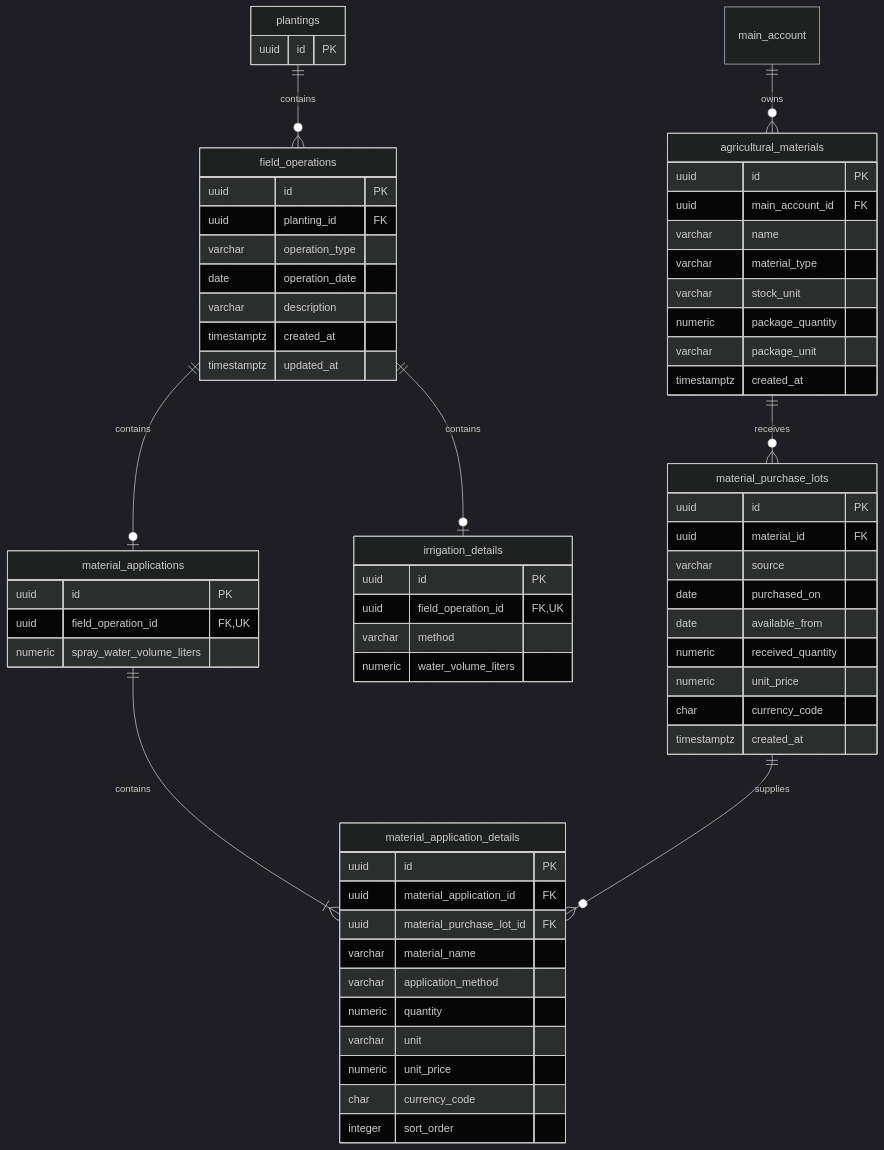
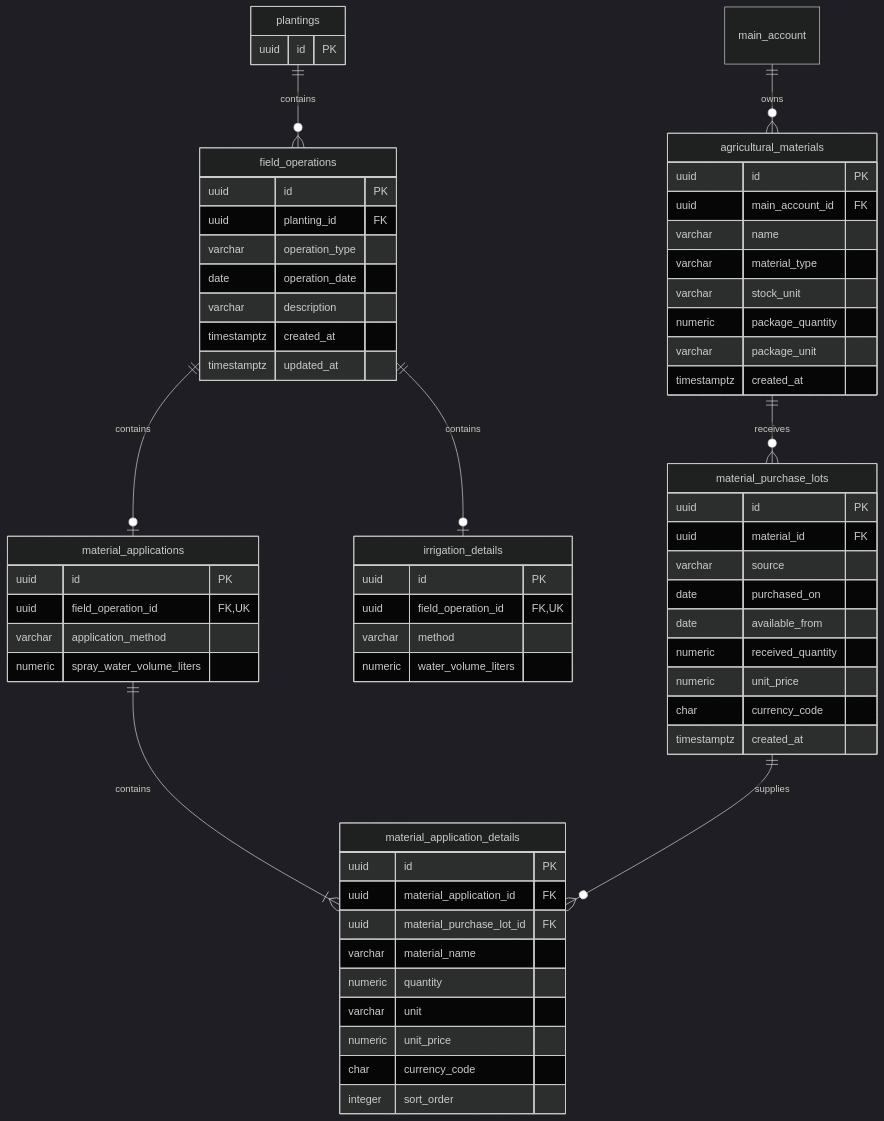
One commit to HanChiYang/crop-pilot changed the first of 2 diagrams in docs/design/first-desktop-slice-database.md. Above: the diagram before and after it, drawn with Mermaid (dark theme). The commit also changed other lines of this file and 60 other files, not shown here.

````diff
--- a/docs/design/first-desktop-slice-database.md
+++ b/docs/design/first-desktop-slice-database.md
@@ -249,66 +251,66 @@
 ```mermaid
 erDiagram
     main_account ||--o{ agricultural_materials : owns
     agricultural_materials ||--o{ material_purchase_lots : receives
     plantings ||--o{ field_operations : contains
     field_operations ||--o| irrigation_details : contains
     field_operations ||--o| material_applications : contains
     material_applications ||--|{ material_application_details : contains
     material_purchase_lots ||--o{ material_application_details : supplies
     plantings {
         uuid id PK
     }
     field_operations {
         uuid id PK
         uuid planting_id FK
         varchar operation_type
         date operation_date
         varchar description
         timestamptz created_at
         timestamptz updated_at
     }
     irrigation_details {
         uuid id PK
         uuid field_operation_id FK, UK
         varchar method
         numeric water_volume_liters
     }
     material_applications {
         uuid id PK
         uuid field_operation_id FK, UK
+        varchar application_method
         numeric spray_water_volume_liters
     }
     material_application_details {
         uuid id PK
         uuid material_application_id FK
         uuid material_purchase_lot_id FK
         varchar material_name
-        varchar application_method
         numeric quantity
         varchar unit
         numeric unit_price
         char currency_code
         integer sort_order
     }
     agricultural_materials {
         uuid id PK
         uuid main_account_id FK
         varchar name
         varchar material_type
         varchar stock_unit
         numeric package_quantity
         varchar package_unit
         timestamptz created_at
     }
     material_purchase_lots {
         uuid id PK
         uuid material_id FK
         varchar source
         date purchased_on
         date available_from
         numeric received_quantity
         numeric unit_price
         char currency_code
         timestamptz created_at
     }
 ```
````
